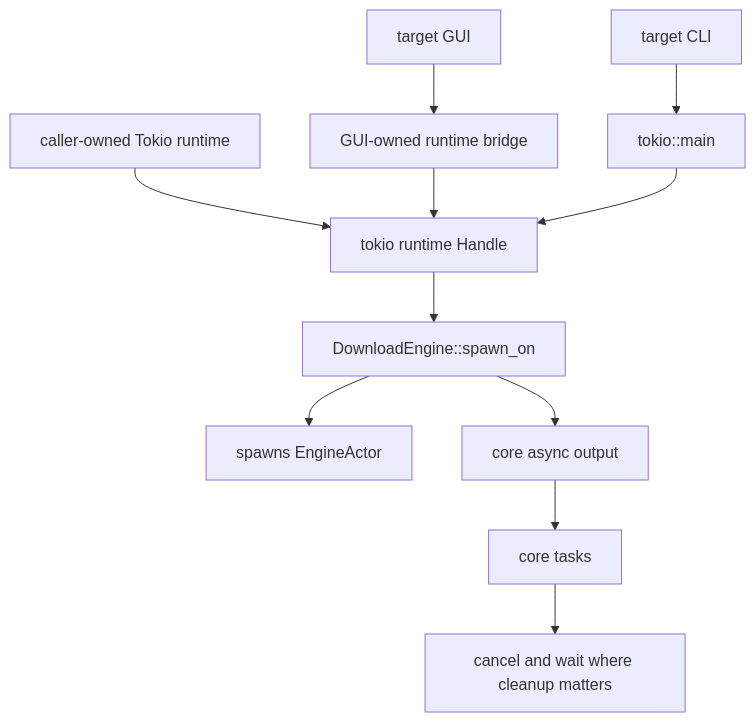
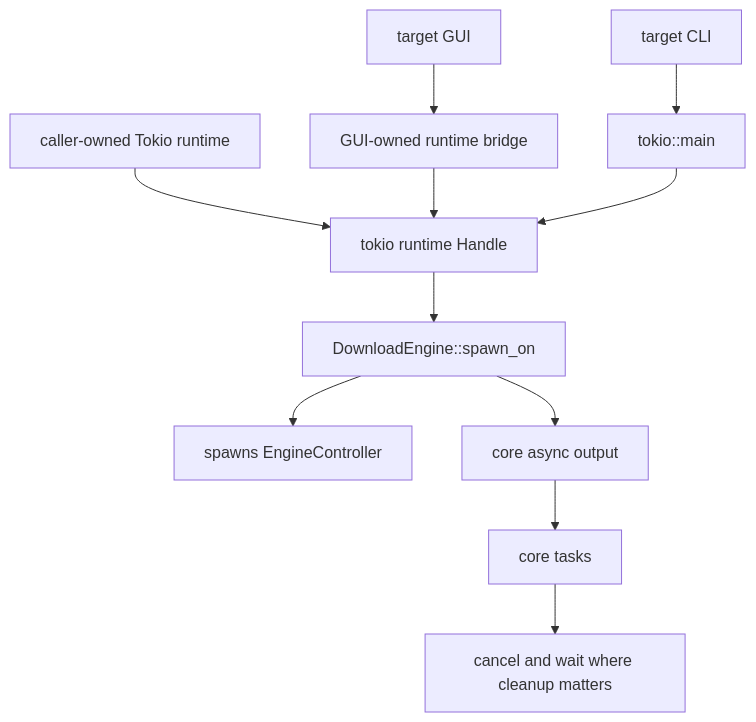
Before and after one commit to ophelianz/ophelia: the fifth of 9 diagrams in docs/core-diagrams.md, drawn with Mermaid. The commit also changed other lines of this file and 11 other files, not shown here.

````diff
--- a/docs/core-diagrams.md
+++ b/docs/core-diagrams.md
@@ -106,14 +106,14 @@
 ```mermaid
 flowchart TD
   CurrentCaller["caller-owned Tokio runtime"] --> Handle["tokio runtime Handle"]
   Handle --> CurrentEngine["DownloadEngine::spawn_on"]
-  CurrentEngine --> CurrentActor["spawns EngineActor"]
+  CurrentEngine --> CurrentController["spawns EngineController"]
 
   TargetGui["target GUI"] --> GuiRuntime["GUI-owned runtime bridge"]
   TargetCli["target CLI"] --> CliRuntime["tokio::main"]
   GuiRuntime --> Handle
   CliRuntime --> Handle
   CurrentEngine --> AsyncCore["core async output"]
   AsyncCore --> CoreTasks["core tasks"]
   CoreTasks --> Shutdown["cancel and wait where cleanup matters"]
 ```
````
